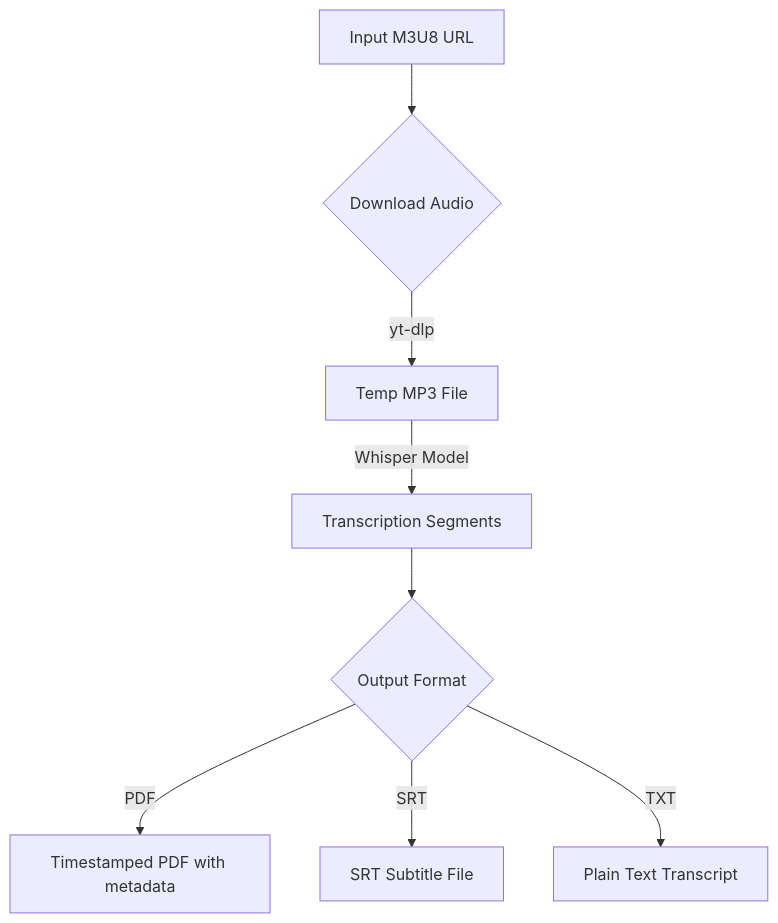
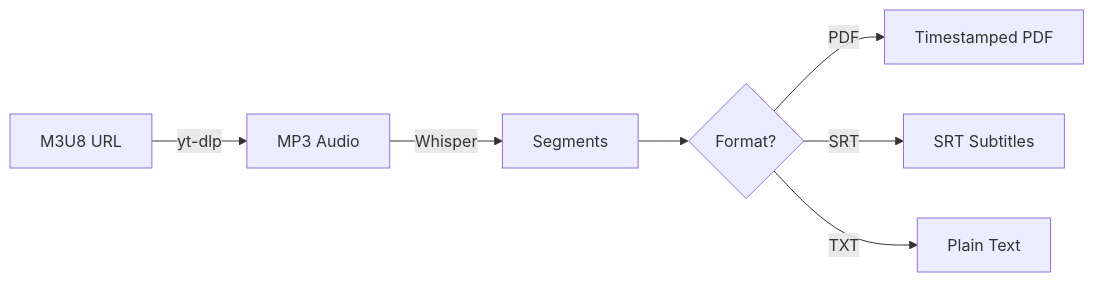
Before and after one commit to guirguispierre/m3u8-transcript: the diagram in README.md, drawn with Mermaid. The commit also changed other lines of this file and 4 other files, not shown here.

````diff
--- a/README.md
+++ b/README.md
@@ -23,10 +46,9 @@
 ```mermaid
-graph TD
-    A[Input M3U8 URL] --> B{Download Audio}
-    B -->|yt-dlp| C[Temp MP3 File]
-    C -->|Whisper Model| D[Transcription Segments]
-    D --> E{Output Format}
-    E -->|PDF| F[Timestamped PDF with metadata]
-    E -->|SRT| G[SRT Subtitle File]
-    E -->|TXT| H[Plain Text Transcript]
+graph LR
+    A["M3U8 URL"] -->|yt-dlp| B["MP3 Audio"]
+    B -->|Whisper| C["Segments"]
+    C --> D{"Format?"}
+    D -->|PDF| E["Timestamped PDF"]
+    D -->|SRT| F["SRT Subtitles"]
+    D -->|TXT| G["Plain Text"]
 ```
````
